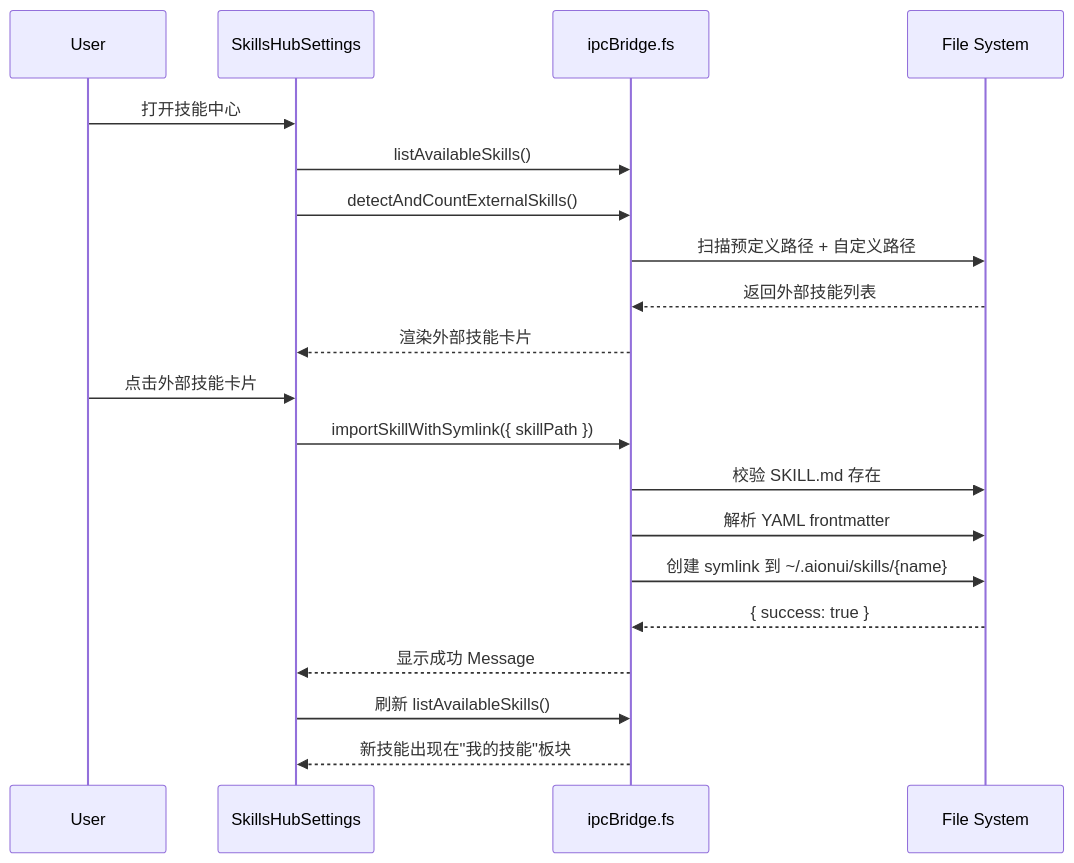
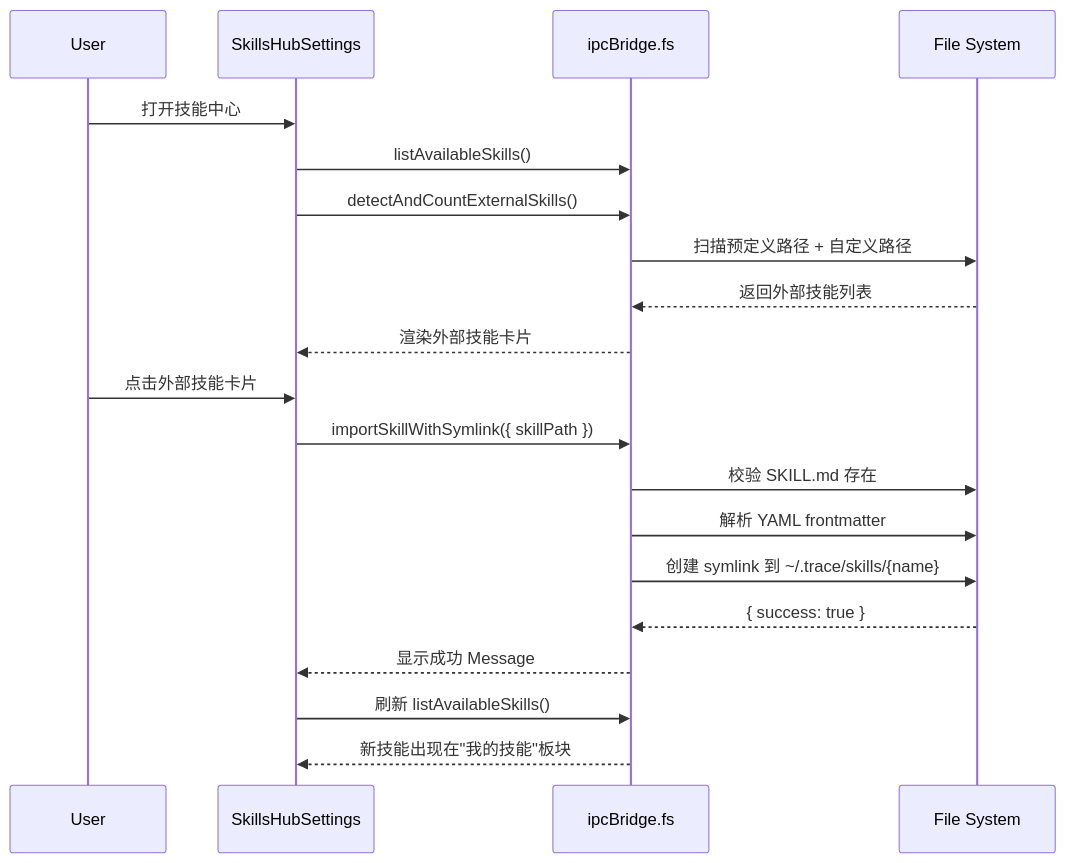
One commit to drewsephski/trace-ai changed the first of 3 diagrams in tests/e2e/docs/skills-hub/requirements.zh.md. Above: the diagram before and after it, drawn with Mermaid. The commit also changed other lines of this file and 913 other files, not shown here.

Commit message:
Refactor desktop app architecture and UI flows

````diff
--- a/tests/e2e/docs/skills-hub/requirements.zh.md
+++ b/tests/e2e/docs/skills-hub/requirements.zh.md
@@ -750,24 +750,24 @@
 ```mermaid
 sequenceDiagram
     participant User
     participant UI as SkillsHubSettings
     participant Bridge as ipcBridge.fs
     participant FS as File System
 
     User->>UI: 打开技能中心
     UI->>Bridge: listAvailableSkills()
     UI->>Bridge: detectAndCountExternalSkills()
     Bridge->>FS: 扫描预定义路径 + 自定义路径
     FS-->>Bridge: 返回外部技能列表
     Bridge-->>UI: 渲染外部技能卡片
 
     User->>UI: 点击外部技能卡片
     UI->>Bridge: importSkillWithSymlink({ skillPath })
     Bridge->>FS: 校验 SKILL.md 存在
     Bridge->>FS: 解析 YAML frontmatter
-    Bridge->>FS: 创建 symlink 到 ~/.aionui/skills/{name}
+    Bridge->>FS: 创建 symlink 到 ~/.trace/skills/{name}
     FS-->>Bridge: { success: true }
     Bridge-->>UI: 显示成功 Message
     UI->>Bridge: 刷新 listAvailableSkills()
     Bridge-->>UI: 新技能出现在"我的技能"板块
 ```
````
